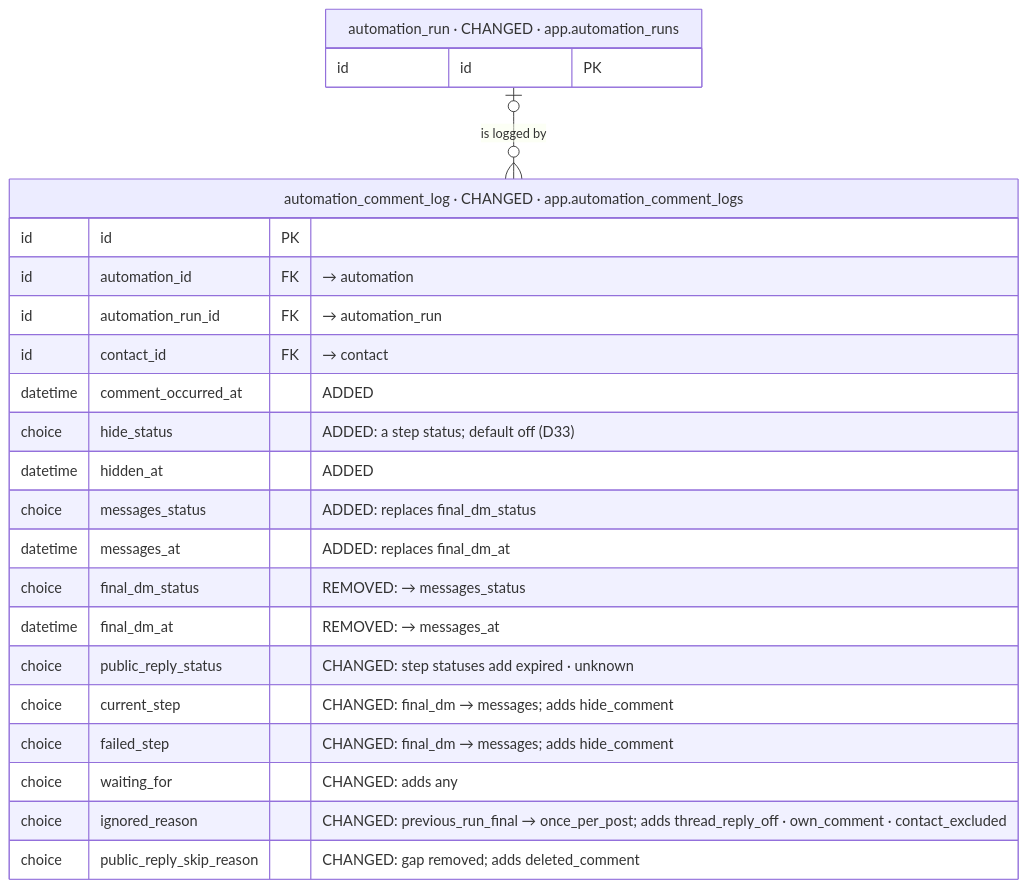
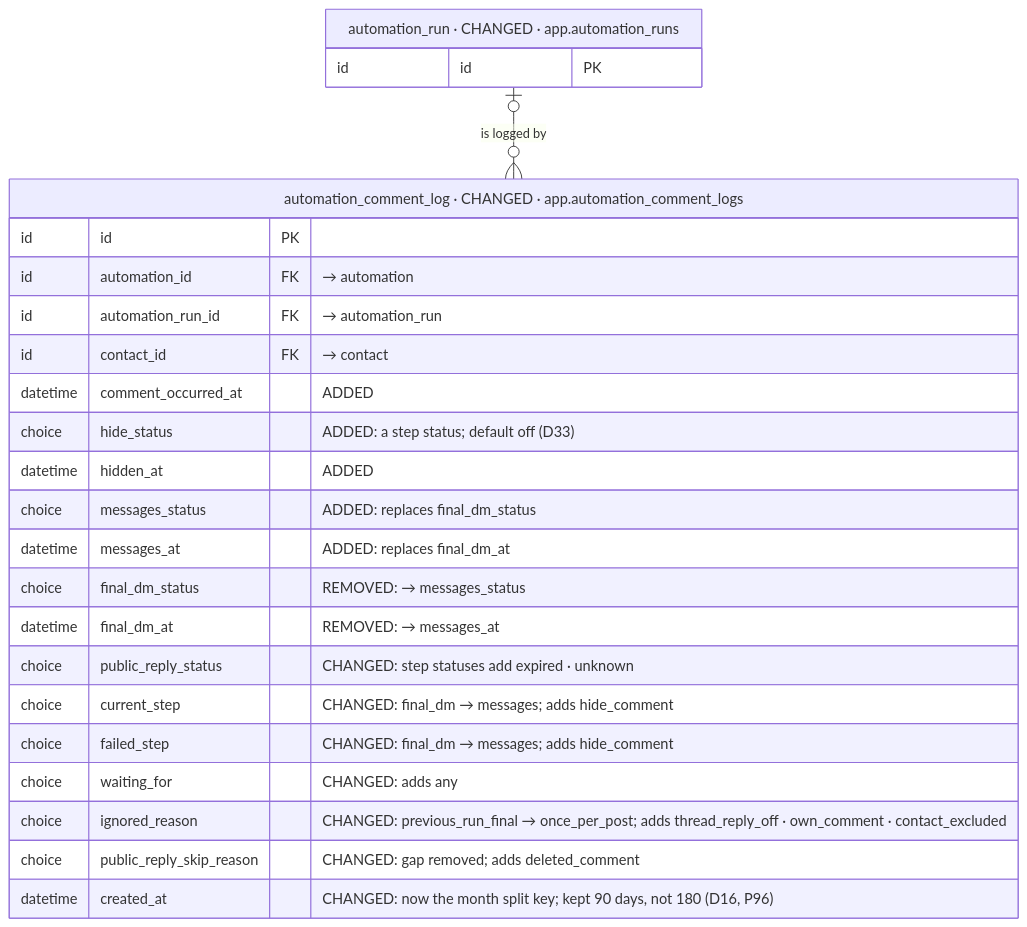
Before and after one commit to albetrios/meepzo-be: diagram 17 of 39 in iterations/feat-instagram-dm-sending-2026-11-23-oxak/plans/db-changes.md, drawn with Mermaid. The commit also changed other lines of this file and 3 other files, not shown here.

````diff
--- a/iterations/feat-instagram-dm-sending-2026-11-23-oxak/plans/db-changes.md
+++ b/iterations/feat-instagram-dm-sending-2026-11-23-oxak/plans/db-changes.md
@@ -1003,26 +1078,27 @@
 ```mermaid
 erDiagram
   automation_comment_log["automation_comment_log · CHANGED · app.automation_comment_logs"] {
     id id PK
     id automation_id FK "→ automation"
     id automation_run_id FK "→ automation_run"
     id contact_id FK "→ contact"
     datetime comment_occurred_at "ADDED"
     choice hide_status "ADDED: a step status; default off (D33)"
     datetime hidden_at "ADDED"
     choice messages_status "ADDED: replaces final_dm_status"
     datetime messages_at "ADDED: replaces final_dm_at"
     choice final_dm_status "REMOVED: → messages_status"
     datetime final_dm_at "REMOVED: → messages_at"
     choice public_reply_status "CHANGED: step statuses add expired · unknown"
     choice current_step "CHANGED: final_dm → messages; adds hide_comment"
     choice failed_step "CHANGED: final_dm → messages; adds hide_comment"
     choice waiting_for "CHANGED: adds any"
     choice ignored_reason "CHANGED: previous_run_final → once_per_post; adds thread_reply_off · own_comment · contact_excluded"
     choice public_reply_skip_reason "CHANGED: gap removed; adds deleted_comment"
+    datetime created_at "CHANGED: now the month split key; kept 90 days, not 180 (D16, P96)"
   }
   automation_run["automation_run · CHANGED · app.automation_runs"] {
     id id PK
   }
   automation_run |o--o{ automation_comment_log : "is logged by"
 ```
````
